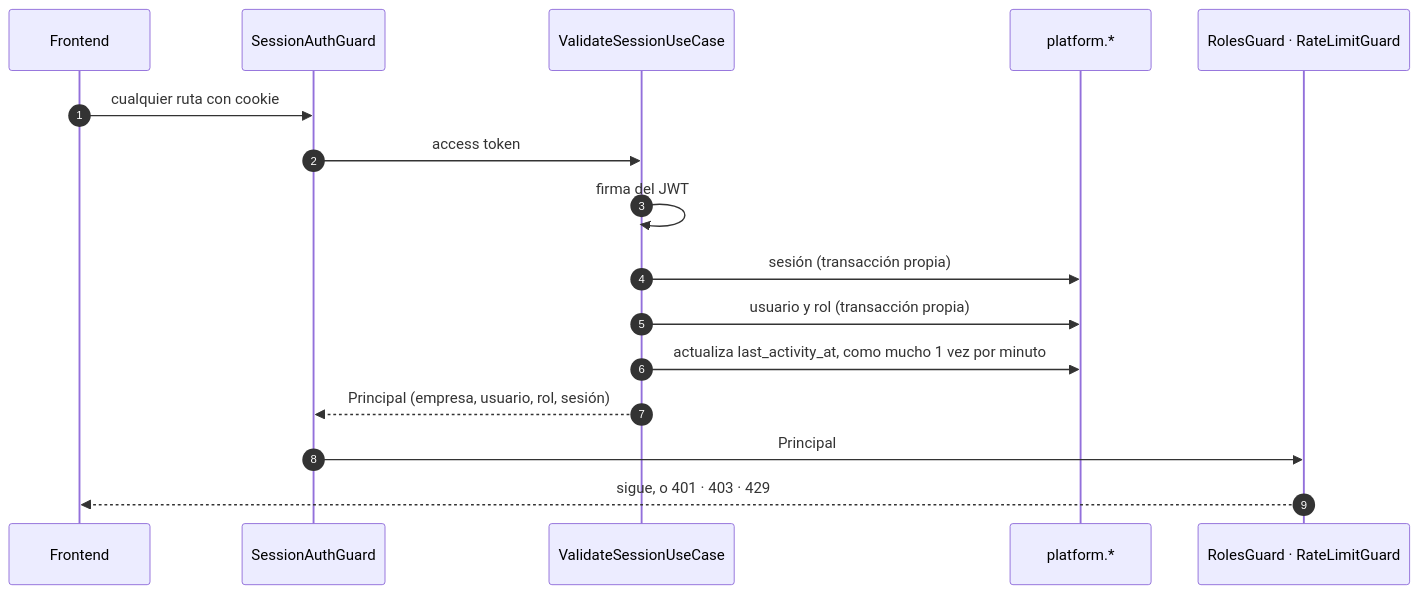
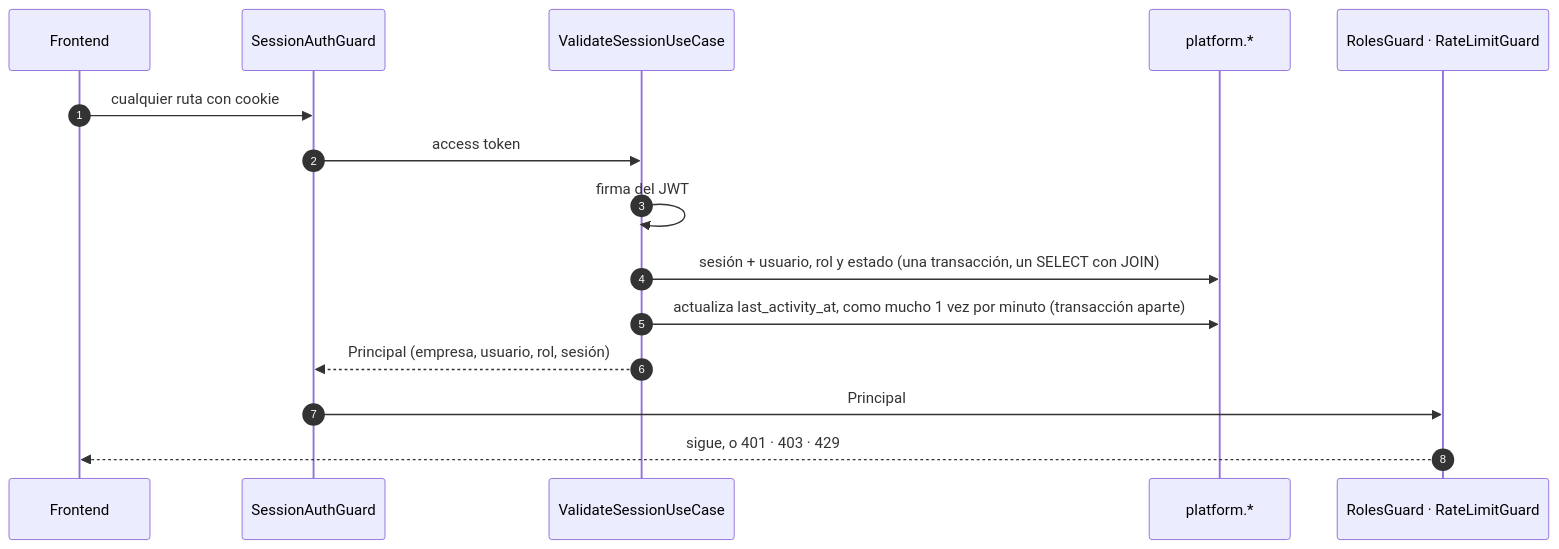
The second of 3 diagrams in skills/product/monkey-compliance-council/references/arquitectura/autenticacion/03-flujos.md (Monkey-GRC/Monkey-Brain-IA), drawn with Mermaid before and after one commit. The commit also changed other lines of this file and 6 other files, not shown here.

````diff
--- a/skills/product/monkey-compliance-council/references/arquitectura/autenticacion/03-flujos.md
+++ b/skills/product/monkey-compliance-council/references/arquitectura/autenticacion/03-flujos.md
@@ -58,18 +58,17 @@
 ```mermaid
 sequenceDiagram
     autonumber
     participant FE as Frontend
     participant G as SessionAuthGuard
     participant V as ValidateSessionUseCase
     participant DB as platform.*
     participant D as RolesGuard · RateLimitGuard
     FE->>G: cualquier ruta con cookie
     G->>V: access token
     V->>V: firma del JWT
-    V->>DB: sesión (transacción propia)
-    V->>DB: usuario y rol (transacción propia)
-    V->>DB: actualiza last_activity_at, como mucho 1 vez por minuto
+    V->>DB: sesión + usuario, rol y estado (una transacción, un SELECT con JOIN)
+    V->>DB: actualiza last_activity_at, como mucho 1 vez por minuto (transacción aparte)
     V-->>G: Principal (empresa, usuario, rol, sesión)
     G->>D: Principal
     D-->>FE: sigue, o 401 · 403 · 429
 ```
````
